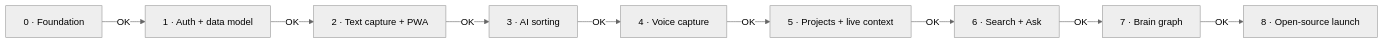
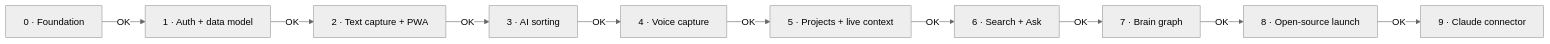
One commit to m4rkellkka/second-brain-Engram changed the second of 2 diagrams in docs/SPEC.md. Above: the diagram before and after it, drawn with Mermaid (neutral theme). The commit also changed other lines of this file and 1 other file, not shown here.

First line of the commit message:
docs: add phase 9, a Claude connector over MCP

````diff
--- a/docs/SPEC.md
+++ b/docs/SPEC.md
@@ -197,6 +197,7 @@
 ```mermaid
 flowchart LR
   P0[0 · Foundation] -->|OK| P1[1 · Auth + data model] -->|OK| P2[2 · Text capture + PWA]
   P2 -->|OK| P3[3 · AI sorting] -->|OK| P4[4 · Voice capture] -->|OK| P5[5 · Projects + live context]
   P5 -->|OK| P6[6 · Search + Ask] -->|OK| P7[7 · Brain graph] -->|OK| P8[8 · Open-source launch]
+  P8 -->|OK| P9[9 · Claude connector]
 ```
````
